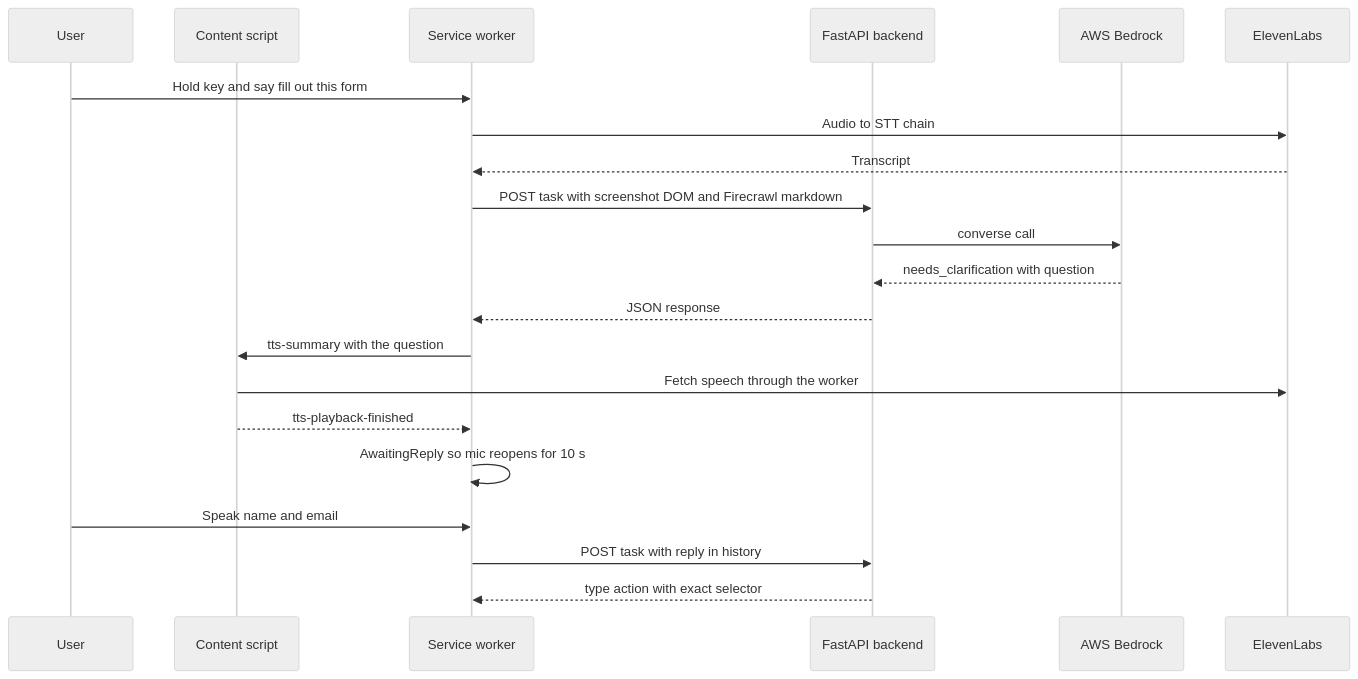
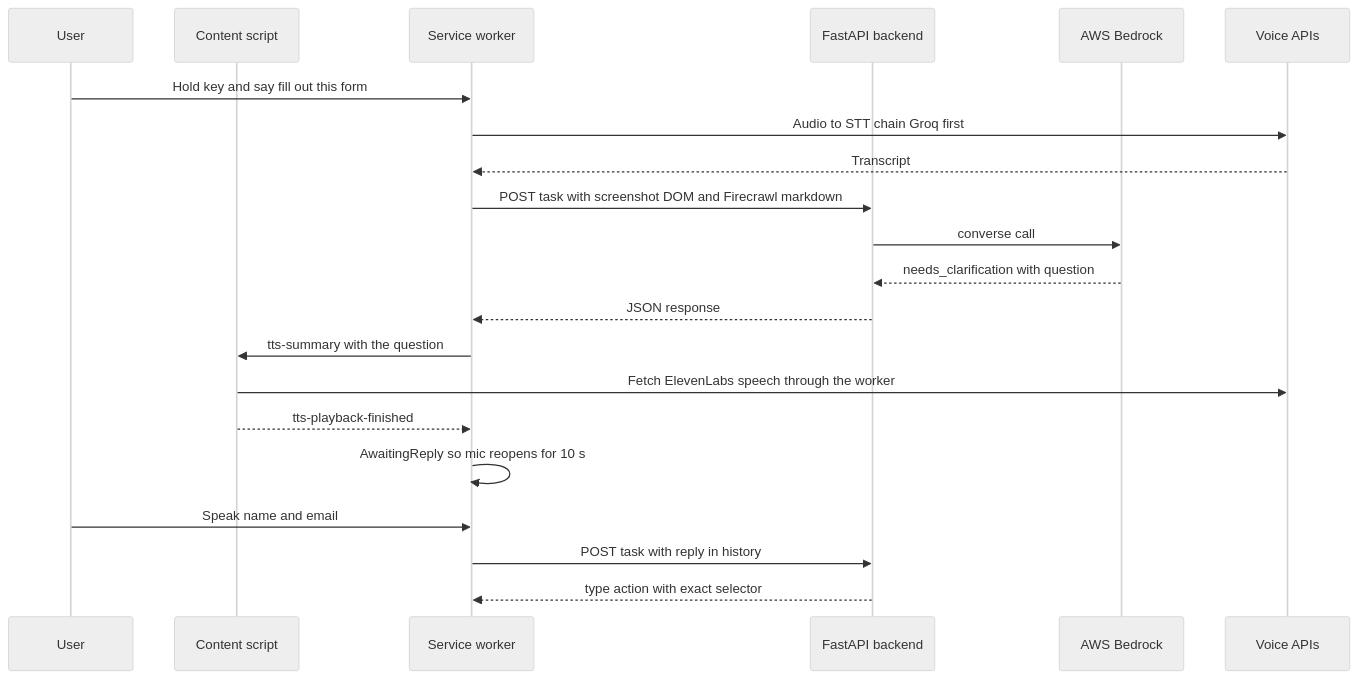
The diagram in content/diagrams/screensense-voice-browser-agent-flow.mmd (anirxdh/portfolio), drawn with Mermaid (neutral theme) before and after one commit. The commit also changed 118 other files, not shown here.

First line of the commit message:
Blog: 27 project article drafts, diagrams, and pipeline docs (all draft: true)

```diff
--- a/content/diagrams/screensense-voice-browser-agent-flow.mmd
+++ b/content/diagrams/screensense-voice-browser-agent-flow.mmd
@@ -1,21 +1,21 @@
 sequenceDiagram
   participant U as User
   participant C as Content script
   participant W as Service worker
   participant B as FastAPI backend
   participant M as AWS Bedrock
-  participant V as ElevenLabs
+  participant V as Voice APIs
   U->>W: Hold key and say fill out this form
-  W->>V: Audio to STT chain
+  W->>V: Audio to STT chain Groq first
   V-->>W: Transcript
   W->>B: POST task with screenshot DOM and Firecrawl markdown
   B->>M: converse call
   M-->>B: needs_clarification with question
   B-->>W: JSON response
   W->>C: tts-summary with the question
-  C->>V: Fetch speech through the worker
+  C->>V: Fetch ElevenLabs speech through the worker
   C-->>W: tts-playback-finished
   W->>W: AwaitingReply so mic reopens for 10 s
   U->>W: Speak name and email
   W->>B: POST task with reply in history
   B-->>W: type action with exact selector
```
